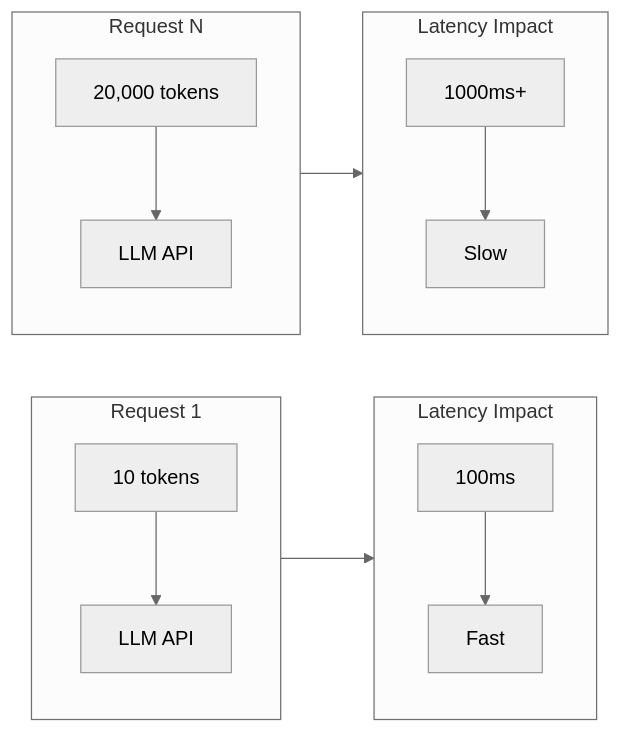
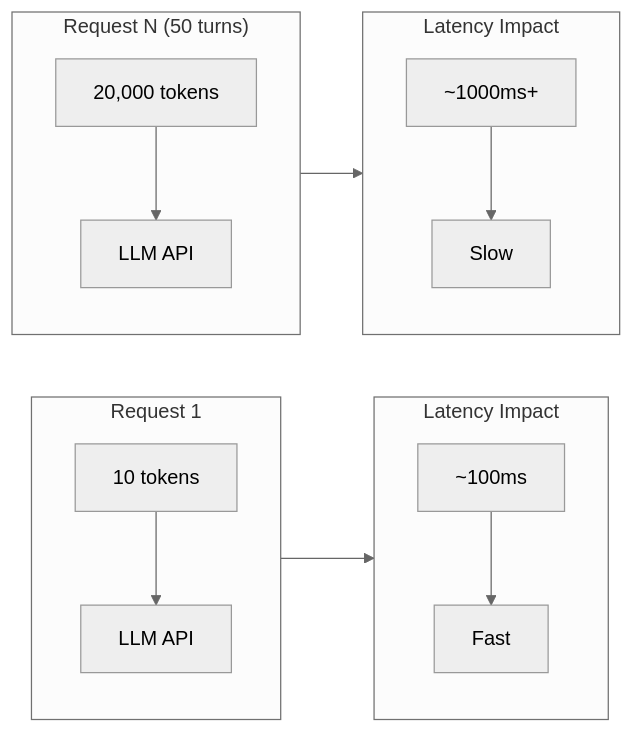
Before and after one commit to Amie-dev/FDE-and-GenAI-Mastery: the fifth of 9 diagrams in Lecture 19 - Agent Memory Systems/notes/01_Stateless_LLM_APIs_and_Context_Window_Limitations.md, drawn with Mermaid (neutral theme). The commit also changed other lines of this file and 9 other files, not shown here.

````diff
--- a/Lecture 19 - Agent Memory Systems/notes/01_Stateless_LLM_APIs_and_Context_Window_Limitations.md
+++ b/Lecture 19 - Agent Memory Systems/notes/01_Stateless_LLM_APIs_and_Context_Window_Limitations.md
@@ -92,18 +158,18 @@
 ```mermaid
 flowchart LR
     subgraph Request1["Request 1"]
         A1["10 tokens"] --> API1["LLM API"]
     end
-    subgraph RequestN["Request N"]
+    subgraph RequestN["Request N (50 turns)"]
         AN["20,000 tokens"] --> APIN["LLM API"]
     end
     subgraph Latency["Latency Impact"]
-        B1["100ms"] --> B2["Fast"]
+        B1["~100ms"] --> B2["Fast"]
     end
     subgraph LatencySlow["Latency Impact"]
-        BN["1000ms+"] --> BN2["Slow"]
+        BN["~1000ms+"] --> BN2["Slow"]
     end
 
     Request1 --> Latency
     RequestN --> LatencySlow
 ```
````
